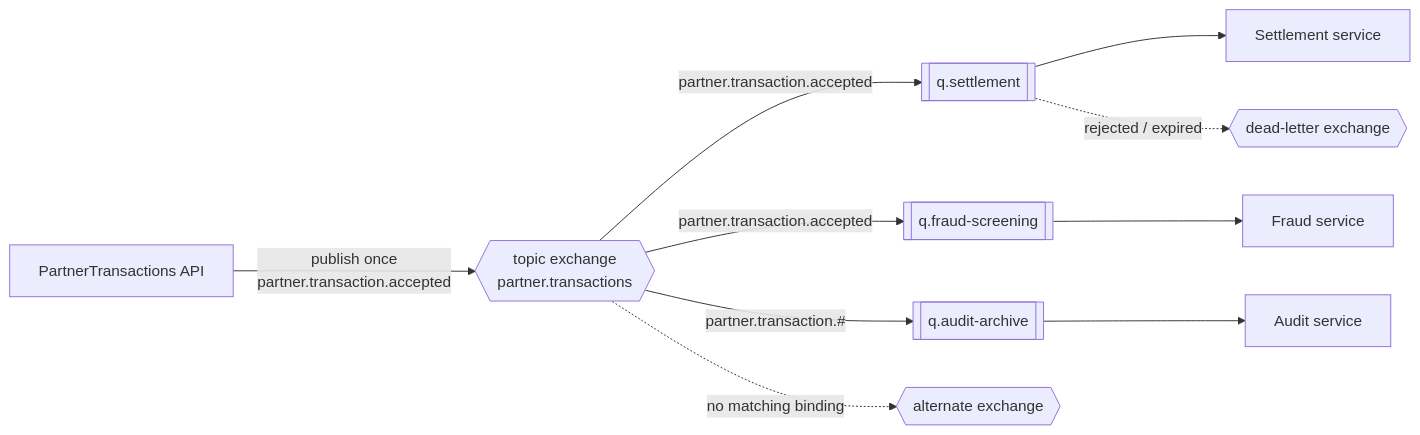
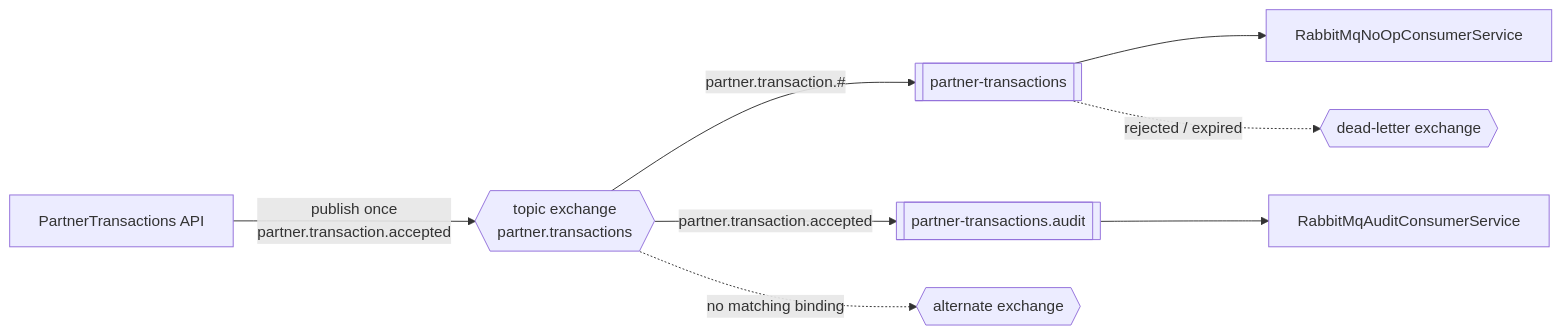
Before and after one commit to haudtech/transaction-validation: the second of 2 diagrams in docs/architecture_design/messaging_topology_and_consumer_routing.md, drawn with Mermaid. The commit also changed other lines of this file and 23 other files, not shown here.

````diff
--- a/docs/architecture_design/messaging_topology_and_consumer_routing.md
+++ b/docs/architecture_design/messaging_topology_and_consumer_routing.md
@@ -72,12 +72,10 @@
 ```mermaid
 flowchart LR
     API[PartnerTransactions API] -->|publish once<br/>partner.transaction.accepted| EX{{topic exchange<br/>partner.transactions}}
-    EX -->|partner.transaction.accepted| Q1[[q.settlement]]
-    EX -->|partner.transaction.accepted| Q2[[q.fraud-screening]]
-    EX -->|partner.transaction.#| Q3[[q.audit-archive]]
-    Q1 --> C1[Settlement service]
-    Q2 --> C2[Fraud service]
-    Q3 --> C3[Audit service]
+    EX -->|partner.transaction.#| Q1[[partner-transactions]]
+    EX -->|partner.transaction.accepted| Q2[[partner-transactions.audit]]
+    Q1 --> C1[RabbitMqNoOpConsumerService]
+    Q2 --> C2[RabbitMqAuditConsumerService]
     EX -.no matching binding.-> AE{{alternate exchange}}
     Q1 -.rejected / expired.-> DLX{{dead-letter exchange}}
 ```
````
